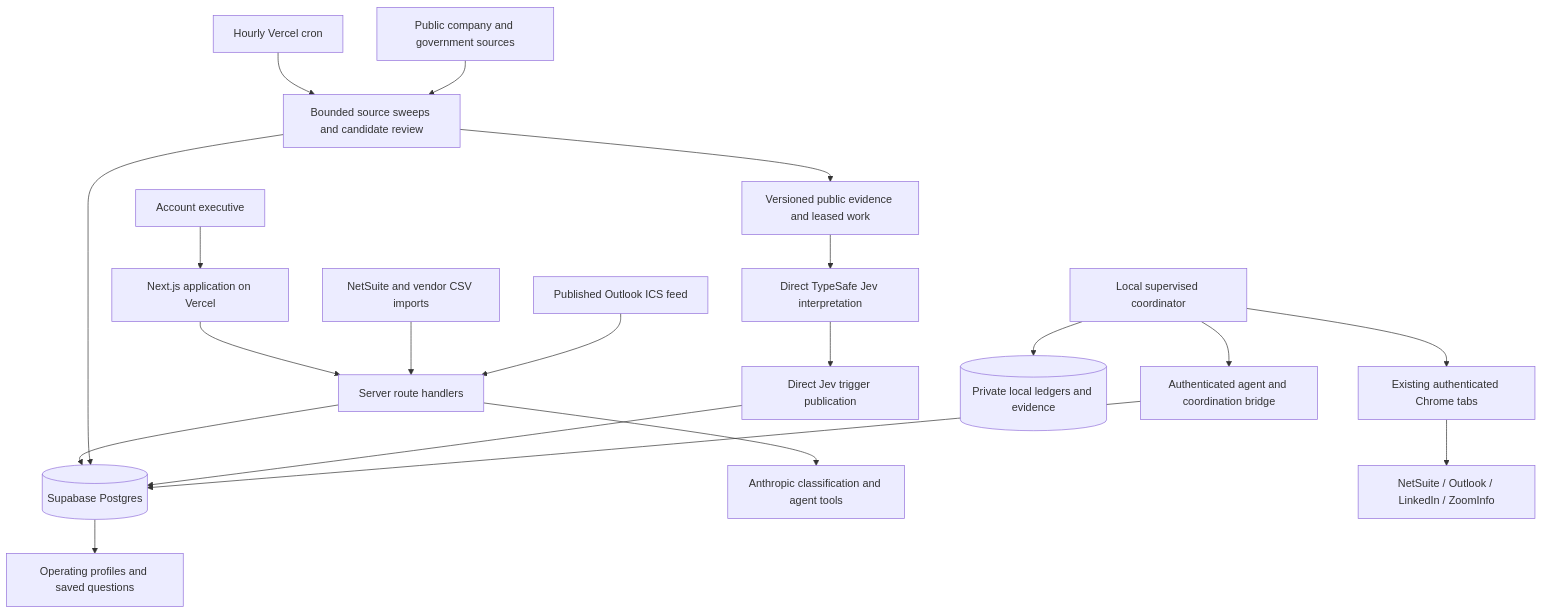
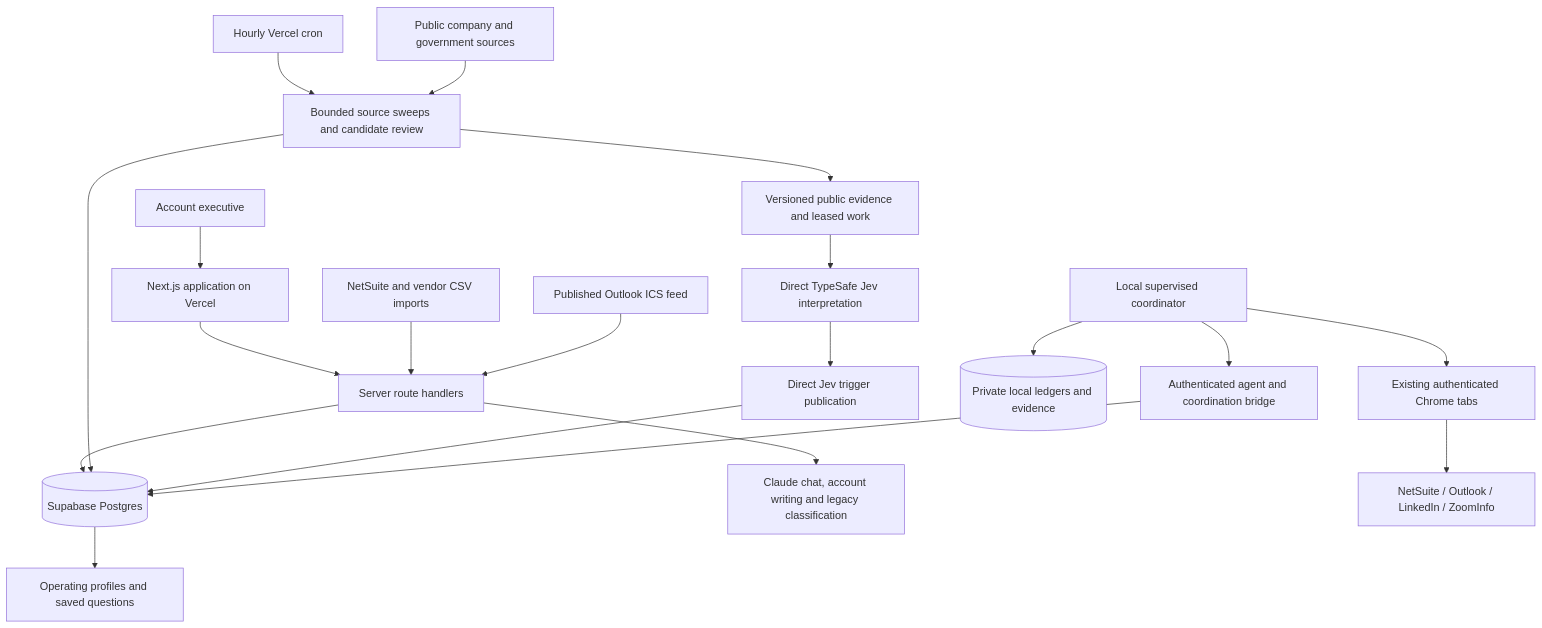
Before and after one commit to armansra-hub/stanley: the first of 2 diagrams in docs/ARCHITECTURE.md, drawn with Mermaid. The commit also changed other lines of this file and 22 other files, not shown here.

````diff
--- a/docs/ARCHITECTURE.md
+++ b/docs/ARCHITECTURE.md
@@ -7,22 +7,22 @@
 ```mermaid
 flowchart TD
   AE[Account executive] --> UI[Next.js application on Vercel]
   UI --> API[Server route handlers]
   API --> DB[(Supabase Postgres)]
-  API --> AI[Anthropic classification and agent tools]
+  API --> AI[Claude chat, account writing and legacy classification]
   CSV[NetSuite and vendor CSV imports] --> API
   CRON[Hourly Vercel cron] --> SWEEP[Bounded source sweeps and candidate review]
   PUBLIC[Public company and government sources] --> SWEEP
   SWEEP --> DB
   SWEEP --> E[Versioned public evidence and leased work]
   E --> J[Direct TypeSafe Jev interpretation]
   J --> JT[Direct Jev trigger publication]
   JT --> DB
   DB --> RESEARCH[Operating profiles and saved questions]
   LOCAL[Local supervised coordinator] --> CHROME[Existing authenticated Chrome tabs]
   CHROME --> SYSTEMS[NetSuite / Outlook / LinkedIn / ZoomInfo]
   LOCAL --> LEDGER[(Private local ledgers and evidence)]
   LOCAL --> BRIDGE[Authenticated agent and coordination bridge]
   BRIDGE --> DB
   ICS[Published Outlook ICS feed] --> API
 ```
````
